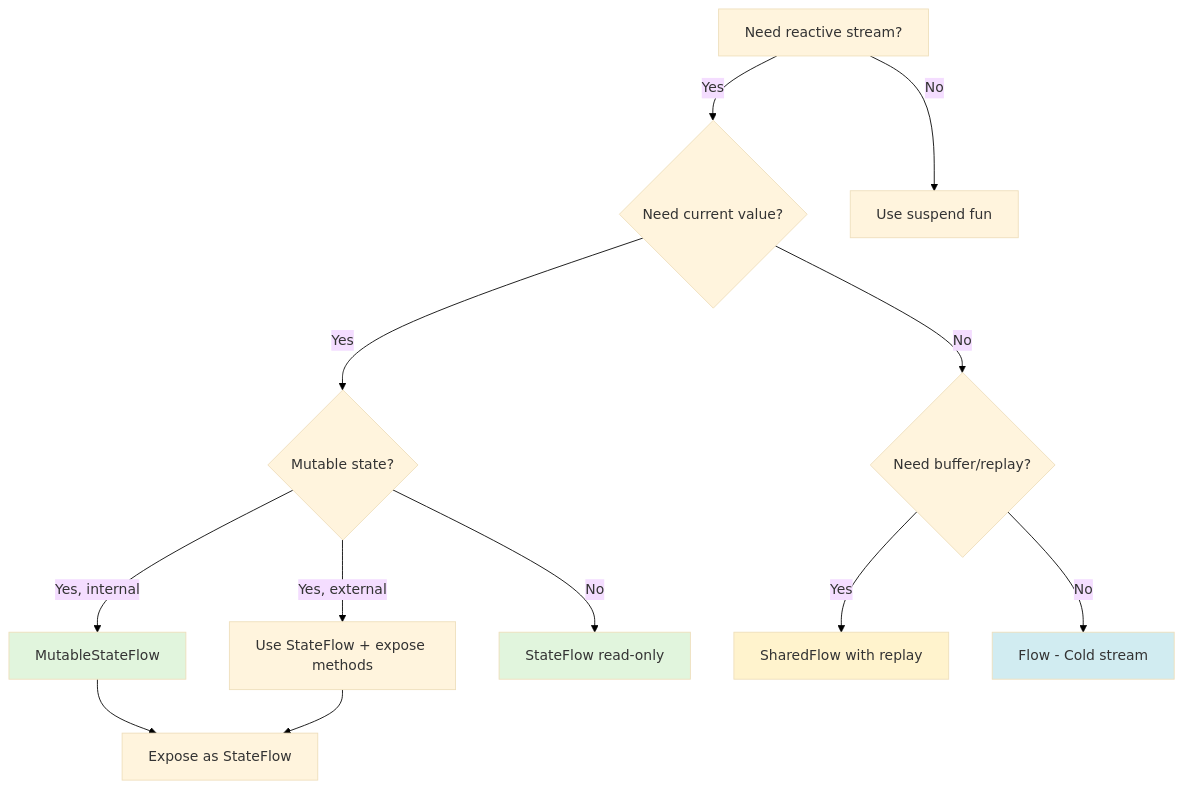
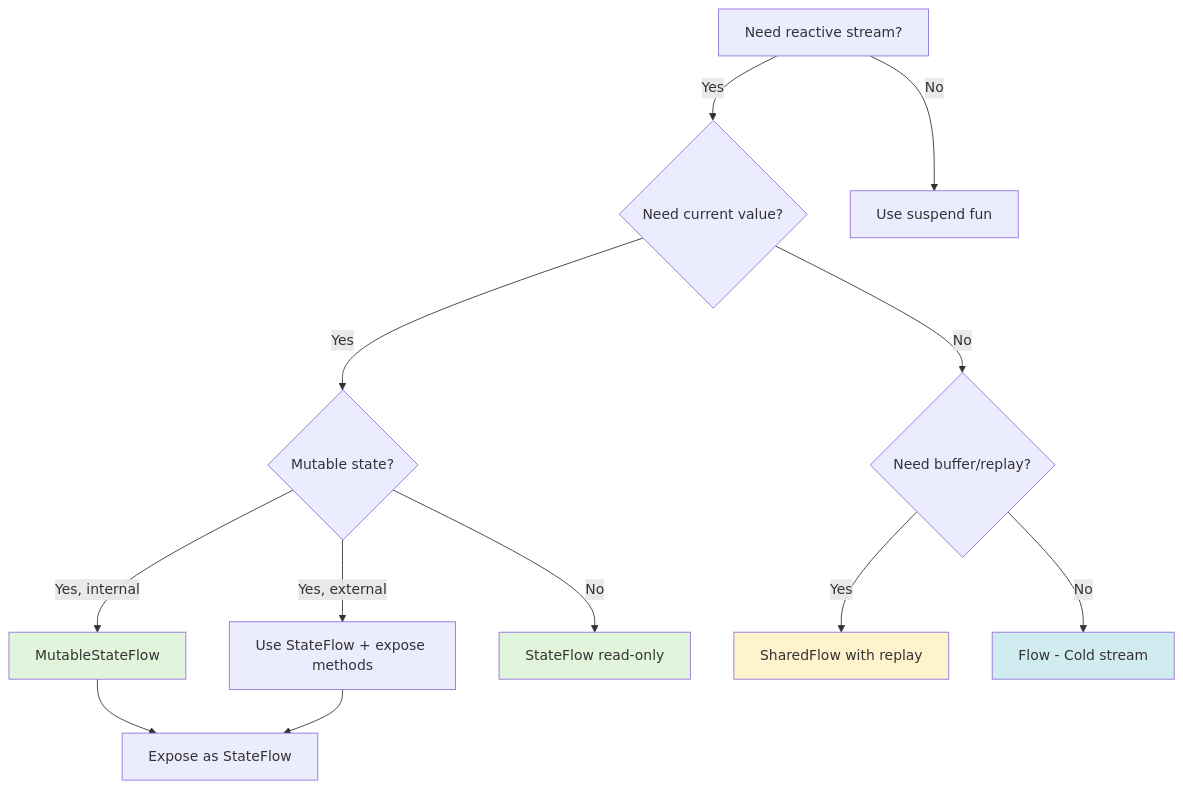
The diagram in docs/patterns/reactive-patterns.md (drwave-www/WorldWideWaves), drawn with Mermaid before and after one commit. The commit also changed 9 other files, not shown here.

First line of the commit message:
docs: fix mermaid diagrams and optimize logo

````diff
--- a/docs/patterns/reactive-patterns.md
+++ b/docs/patterns/reactive-patterns.md
@@ -71,24 +71,23 @@
 ```mermaid
-%%{init: {'theme':'base', 'themeVariables': { 'background':'#ffffff'}}}%%
 graph TD
     A[Need reactive stream?] -->|Yes| B{Need current value?}
     A -->|No| Z[Use suspend fun]
 
     B -->|Yes| C{Mutable state?}
     B -->|No| D{Need buffer/replay?}
 
     C -->|Yes, internal| E[MutableStateFlow]
     C -->|Yes, external| F[Use StateFlow + expose methods]
     C -->|No| G[StateFlow read-only]
 
     D -->|Yes| H[SharedFlow with replay]
     D -->|No| I[Flow - Cold stream]
 
     E --> J[Expose as StateFlow]
     F --> J
 
     style E fill:#e1f5dd
     style G fill:#e1f5dd
     style H fill:#fff3cd
     style I fill:#d1ecf1
 ```
````
